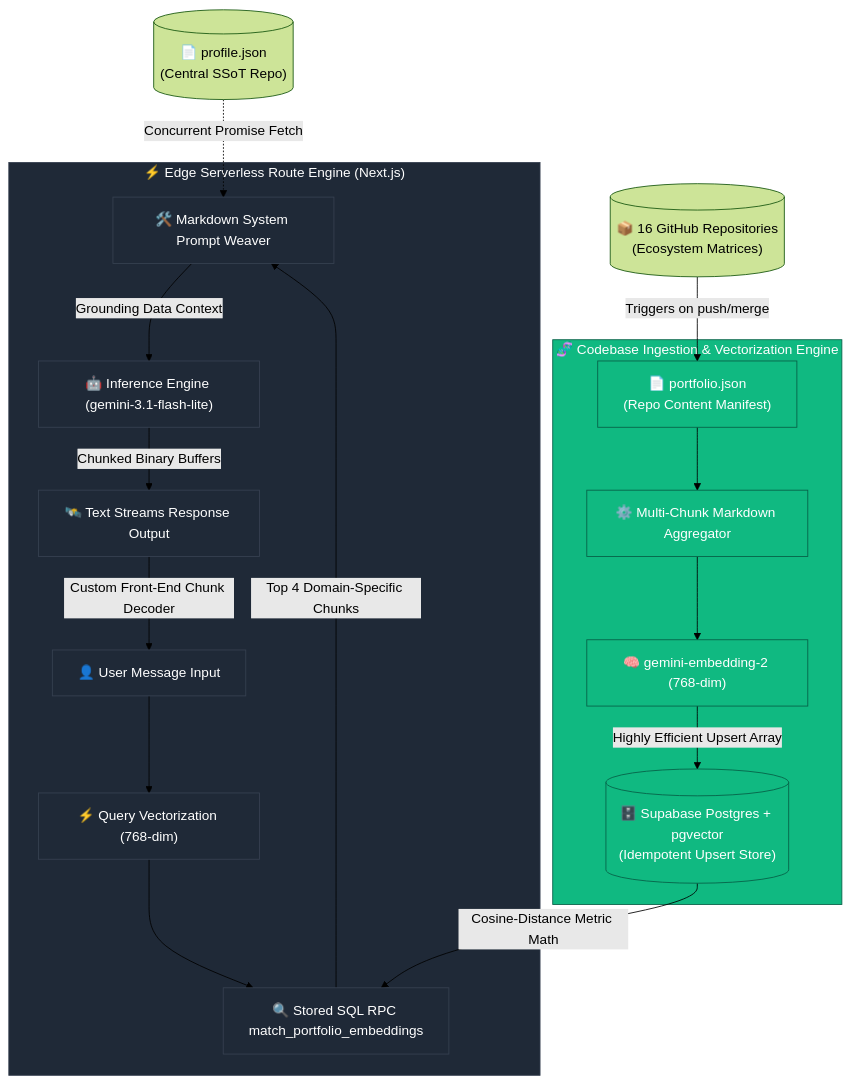
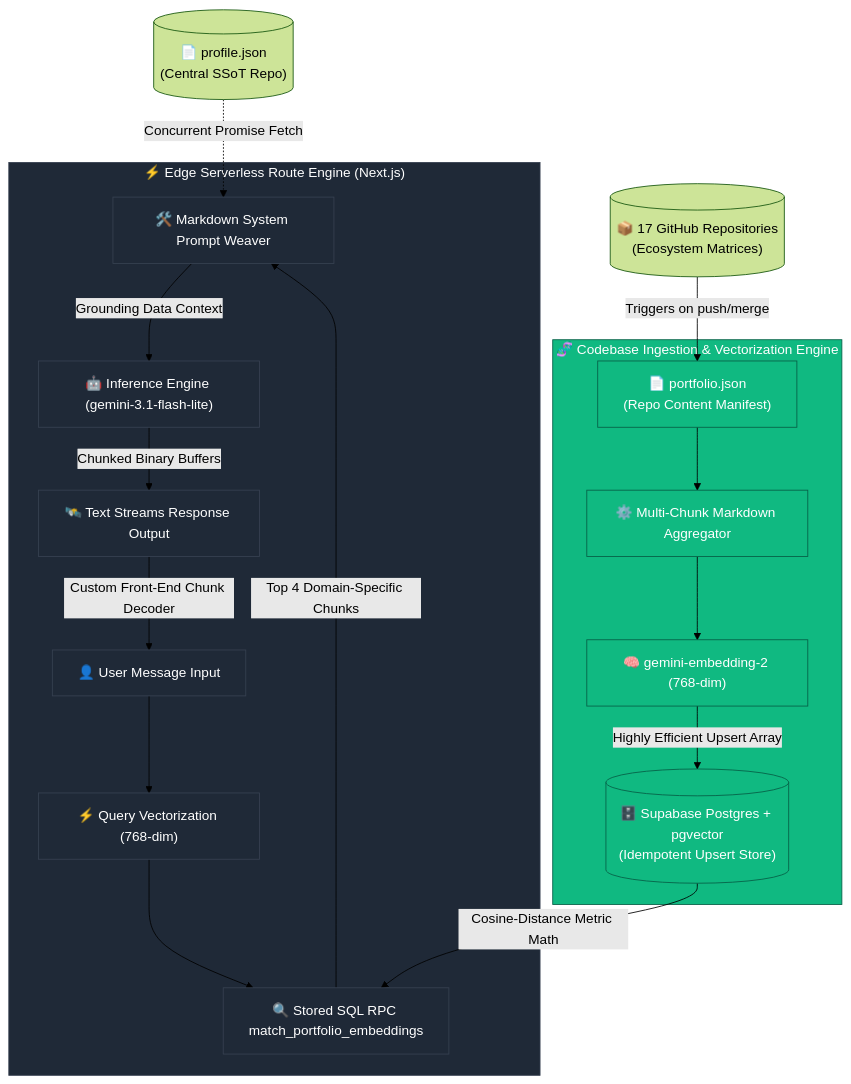
One commit to HoodieYlya13/ylya-bot changed the diagram in README.md. Above: the diagram before and after it, drawn with Mermaid (forest theme).

Commit message:
chore: auto-update README.md repo count [skip ci]

````diff
--- a/README.md
+++ b/README.md
@@ -25,47 +25,47 @@
 ```mermaid
 flowchart TD
     %% Core Inputs
     ProfileJSON[("📄 profile.json<br>(Central SSoT Repo)")]
-    Repos[("📦 16 GitHub Repositories<br>(Ecosystem Matrices)")]
+    Repos[("📦 17 GitHub Repositories<br>(Ecosystem Matrices)")]
 
     %% Ingestion Pipeline
     subgraph IngestionPipeline ["🧬 Codebase Ingestion & Vectorization Engine"]
         PortJSON["📄 portfolio.json<br>(Repo Content Manifest)"]
         Parser["⚙️ Multi-Chunk Markdown Aggregator"]
         Embedder["🧠 gemini-embedding-2 (768-dim)"]
         VectorDB[("🗄️ Supabase Postgres + pgvector<br>(Idempotent Upsert Store)")]
     end
 
     %% Runtime Query Flow
     subgraph Runtime ["⚡ Edge Serverless Route Engine (Next.js)"]
         UserQuery["👤 User Message Input"]
         QueryEmbed["⚡ Query Vectorization (768-dim)"]
         SemanticSearch["🔍 Stored SQL RPC match_portfolio_embeddings"]
         SysPrompt["🛠️ Markdown System Prompt Weaver"]
         LLM["🤖 Inference Engine (gemini-3.1-flash-lite)"]
         StreamResponse["🛰️ Text Streams Response Output"]
     end
 
     %% Flow Connections
     ProfileJSON -.->|Concurrent Promise Fetch| SysPrompt
     Repos -->|Triggers on push/merge| PortJSON
     PortJSON --> Parser
     Parser --> Embedder
     Embedder -->|Highly Efficient Upsert Array| VectorDB
 
     UserQuery --> QueryEmbed
     QueryEmbed --> SemanticSearch
     VectorDB -->|Cosine-Distance Metric Math| SemanticSearch
     SemanticSearch -->|Top 4 Domain-Specific Chunks| SysPrompt
     SysPrompt -->|Grounding Data Context| LLM
     LLM -->|Chunked Binary Buffers| StreamResponse
     StreamResponse -->|Custom Front-End Chunk Decoder| UserQuery
 
     %% Styling
     classDef main fill:#6366f1,stroke:#312e81,stroke-width:2px,color:#fff;
     classDef runtime fill:#1f2937,stroke:#374151,stroke-width:1px,color:#fff;
     classDef ingest fill:#10b981,stroke:#065f46,stroke-width:1px,color:#fff;
     class SSoT main;
     class IngestionPipeline,PortJSON,Parser,Embedder,VectorDB ingest;
     class Runtime,UserQuery,QueryEmbed,SemanticSearch,SysPrompt,LLM,StreamResponse runtime;
 ```
````
